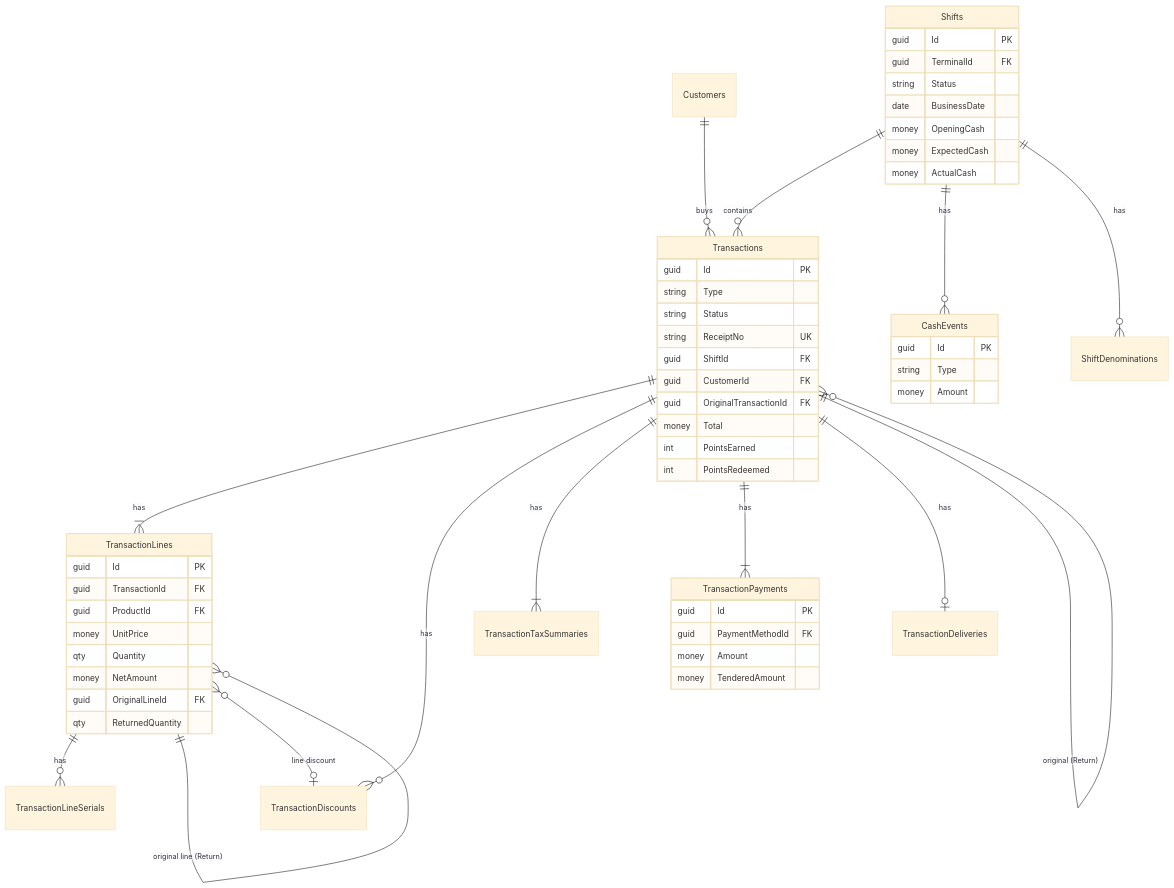
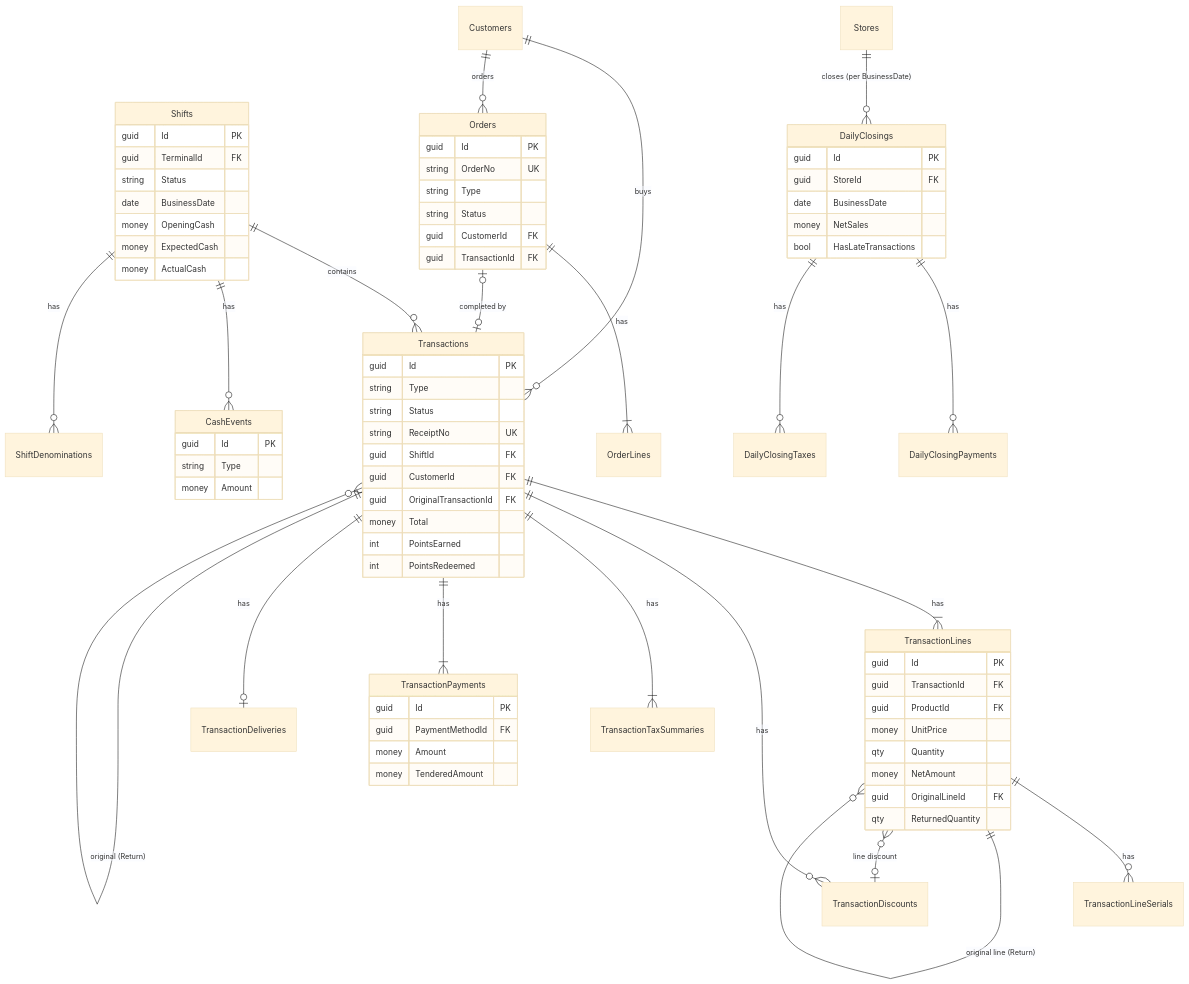
One commit to usausa/example-maui-pos changed the second of 3 diagrams in docs/db-design.md. Above: the diagram before and after it, drawn with Mermaid (base theme). The commit also changed other lines of this file and 312 other files, not shown here.

````diff
--- a/docs/db-design.md
+++ b/docs/db-design.md
@@ -118,58 +124,79 @@
 ```mermaid
 erDiagram
     Shifts ||--o{ Transactions : contains
     Shifts ||--o{ CashEvents : has
     Shifts ||--o{ ShiftDenominations : has
     Transactions ||--|{ TransactionLines : has
     Transactions ||--o{ TransactionDiscounts : has
     Transactions ||--|{ TransactionTaxSummaries : has
     Transactions ||--|{ TransactionPayments : has
     Transactions ||--o| TransactionDeliveries : has
     Transactions ||--o{ Transactions : "original (Return)"
     TransactionLines ||--o{ TransactionLineSerials : has
     TransactionLines ||--o{ TransactionLines : "original line (Return)"
     TransactionLines }o--o| TransactionDiscounts : "line discount"
     Customers ||--o{ Transactions : buys
+    Stores ||--o{ DailyClosings : "closes (per BusinessDate)"
+    DailyClosings ||--o{ DailyClosingPayments : has
+    DailyClosings ||--o{ DailyClosingTaxes : has
+    Orders ||--|{ OrderLines : has
+    Orders |o--o| Transactions : "completed by"
+    Customers ||--o{ Orders : orders
     Shifts {
         guid Id PK
         guid TerminalId FK
         string Status
         date BusinessDate
         money OpeningCash
         money ExpectedCash
         money ActualCash
     }
     Transactions {
         guid Id PK
         string Type
         string Status
         string ReceiptNo UK
         guid ShiftId FK
         guid CustomerId FK
         guid OriginalTransactionId FK
         money Total
         int PointsEarned
         int PointsRedeemed
     }
     TransactionLines {
         guid Id PK
         guid TransactionId FK
         guid ProductId FK
         money UnitPrice
         qty Quantity
         money NetAmount
         guid OriginalLineId FK
         qty ReturnedQuantity
     }
     TransactionPayments {
         guid Id PK
         guid PaymentMethodId FK
         money Amount
         money TenderedAmount
     }
     CashEvents {
         guid Id PK
         string Type
         money Amount
     }
+    DailyClosings {
+        guid Id PK
+        guid StoreId FK
+        date BusinessDate
+        money NetSales
+        bool HasLateTransactions
+    }
+    Orders {
+        guid Id PK
+        string OrderNo UK
+        string Type
+        string Status
+        guid CustomerId FK
+        guid TransactionId FK
+    }
 ```
````
